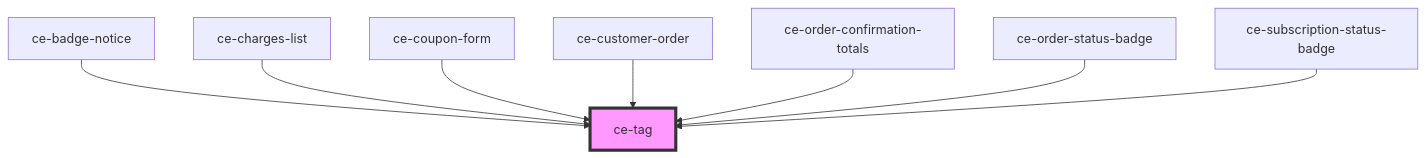
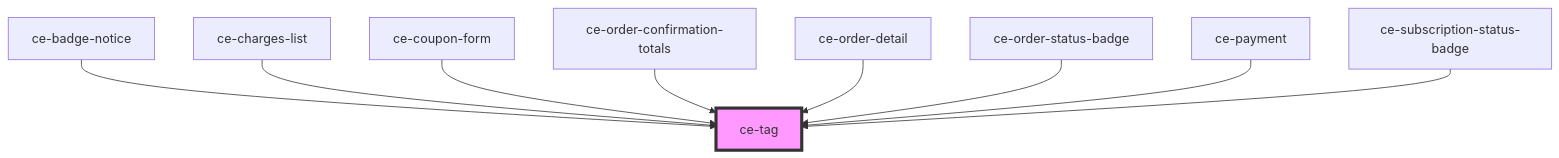
The diagram in packages/components/src/components/ui/tag/readme.md (surecart/surecart-wp-plugin), drawn with Mermaid before and after one commit. The commit also changed other lines of this file and 162 other files, not shown here.

````diff
--- a/packages/components/src/components/ui/tag/readme.md
+++ b/packages/components/src/components/ui/tag/readme.md
@@ -46,11 +47,12 @@
 ```mermaid
 graph TD;
   ce-badge-notice --> ce-tag
   ce-charges-list --> ce-tag
   ce-coupon-form --> ce-tag
-  ce-customer-order --> ce-tag
   ce-order-confirmation-totals --> ce-tag
+  ce-order-detail --> ce-tag
   ce-order-status-badge --> ce-tag
+  ce-payment --> ce-tag
   ce-subscription-status-badge --> ce-tag
   style ce-tag fill:#f9f,stroke:#333,stroke-width:4px
 ```
````
